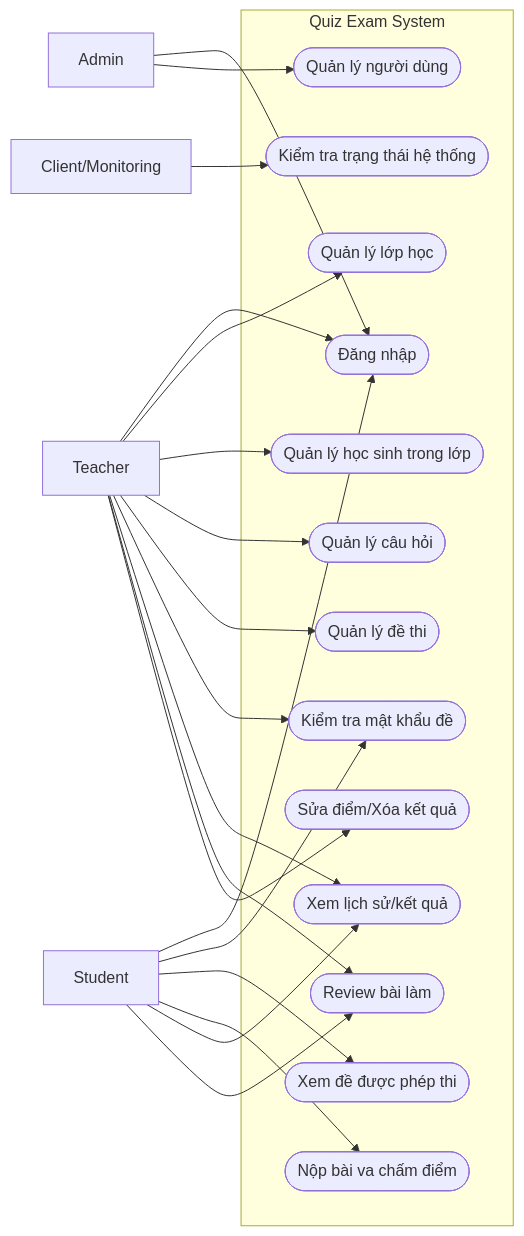
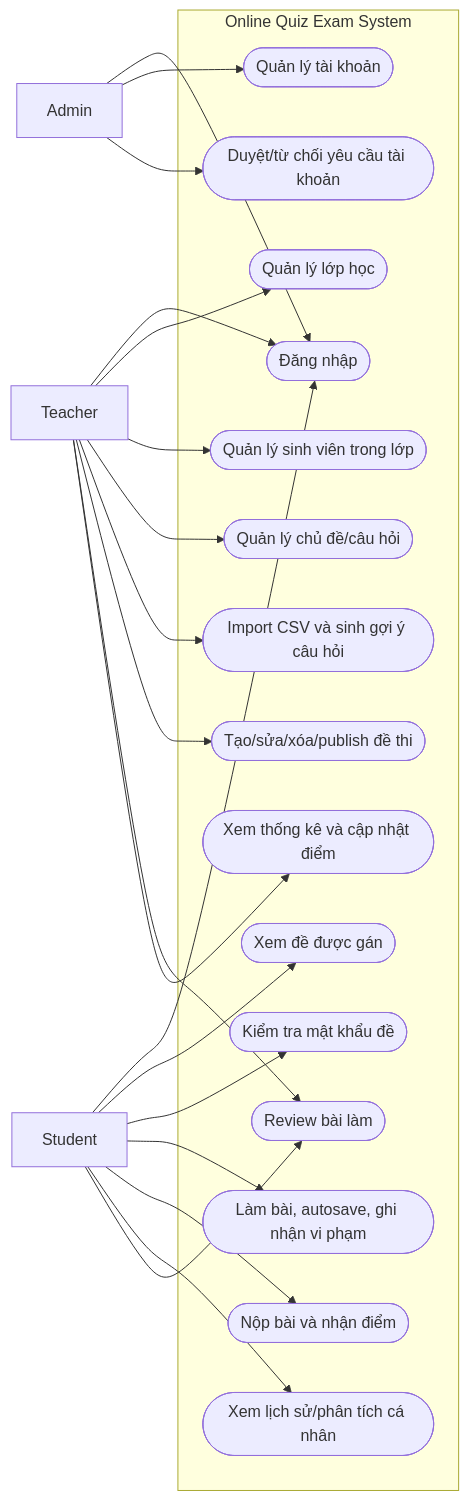
One commit to Tedomi2525/My_project changed the first of 17 diagrams in docs/UML.md. Above: the diagram before and after it, drawn with Mermaid. The commit also changed other lines of this file and 15 other files, not shown here.

First line of the commit message:
Add new documentation files including class diagram and project report

````diff
--- a/docs/UML.md
+++ b/docs/UML.md
@@ -153,45 +120,45 @@
 ```mermaid
 flowchart LR
   Admin[Admin]
   Teacher[Teacher]
   Student[Student]
-  Client[Client/Monitoring]
 
-  subgraph System[Quiz Exam System]
-    U1([Đăng nhập])
-    U2([Kiểm tra trạng thái hệ thống])
-    U3([Quản lý người dùng])
-    U4([Quản lý lớp học])
-    U5([Quản lý học sinh trong lớp])
-    U6([Quản lý câu hỏi])
-    U7([Quản lý đề thi])
-    U8([Kiểm tra mật khẩu đề])
-    U9([Xem đề được phép thi])
-    U10([Nộp bài va chấm điểm])
-    U11([Xem lịch sử/kết quả])
-    U12([Review bài làm])
-    U13([Sửa điểm/Xóa kết quả])
+  subgraph System[Online Quiz Exam System]
+    UC1([Đăng nhập])
+    UC2([Quản lý tài khoản])
+    UC3([Duyệt/từ chối yêu cầu tài khoản])
+    UC4([Quản lý lớp học])
+    UC5([Quản lý sinh viên trong lớp])
+    UC6([Quản lý chủ đề/câu hỏi])
+    UC7([Import CSV và sinh gợi ý câu hỏi])
+    UC8([Tạo/sửa/xóa/publish đề thi])
+    UC9([Xem đề được gán])
+    UC10([Kiểm tra mật khẩu đề])
+    UC11([Làm bài, autosave, ghi nhận vi phạm])
+    UC12([Nộp bài và nhận điểm])
+    UC13([Xem lịch sử/phân tích cá nhân])
+    UC14([Review bài làm])
+    UC15([Xem thống kê và cập nhật điểm])
   end
 
-  Admin --> U1
-  Admin --> U3
+  Admin --> UC1
+  Admin --> UC2
+  Admin --> UC3
 
-  Teacher --> U1
-  Teacher --> U4
-  Teacher --> U5
-  Teacher --> U6
-  Teacher --> U7
-  Teacher --> U8
-  Teacher --> U11
-  Teacher --> U12
-  Teacher --> U13
+  Teacher --> UC1
+  Teacher --> UC4
+  Teacher --> UC5
+  Teacher --> UC6
+  Teacher --> UC7
+  Teacher --> UC8
+  Teacher --> UC14
+  Teacher --> UC15
 
-  Student --> U1
-  Student --> U8
-  Student --> U9
-  Student --> U10
-  Student --> U11
-  Student --> U12
-
-  Client --> U2
+  Student --> UC1
+  Student --> UC9
+  Student --> UC10
+  Student --> UC11
+  Student --> UC12
+  Student --> UC13
+  Student --> UC14
 ```
````
